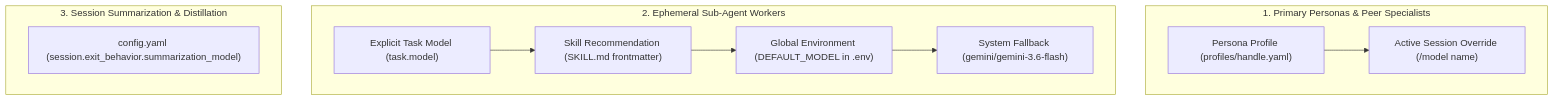
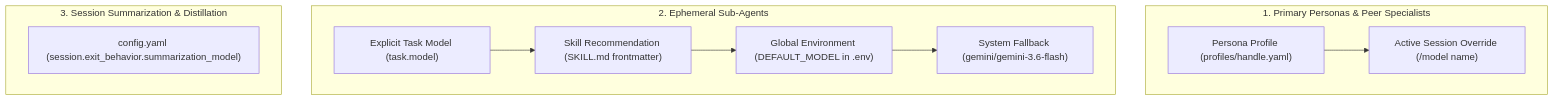
The diagram in docs/wiki/guides/configuration.md (studiodamiro/sympose), drawn with Mermaid before and after one commit. The commit also changed other lines of this file and 17 other files, not shown here.

````diff
--- a/docs/wiki/guides/configuration.md
+++ b/docs/wiki/guides/configuration.md
@@ -95,14 +95,14 @@
 ```mermaid
 flowchart TD
     subgraph Execution["1. Primary Personas & Peer Specialists"]
         A["Persona Profile (profiles/handle.yaml)"] --> B["Active Session Override (/model name)"]
     end
-    subgraph Worker["2. Ephemeral Sub-Agent Workers"]
+    subgraph SubAgent["2. Ephemeral Sub-Agents"]
         C["Explicit Task Model (task.model)"] --> D["Skill Recommendation (SKILL.md frontmatter)"]
         D --> E["Global Environment (DEFAULT_MODEL in .env)"]
         E --> F["System Fallback (gemini/gemini-3.6-flash)"]
     end
     subgraph Archival["3. Session Summarization & Distillation"]
         G["config.yaml (session.exit_behavior.summarization_model)"]
     end
 ```
````
